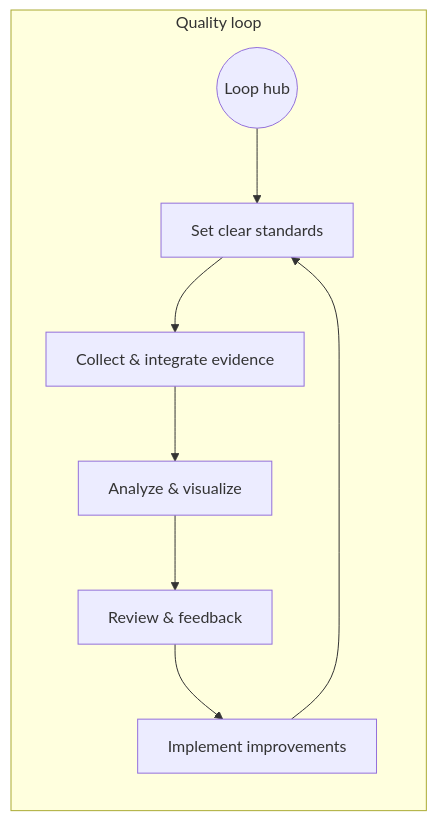
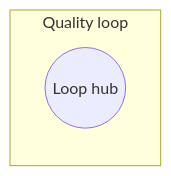
Before and after one commit to arshah18/arshah18.github.io: the diagram in index.md, drawn with Mermaid. The commit also changed other lines of this file, not shown here.

Commit message:
Work flow test2; ensure Mermaid loads

```diff
--- a/index.md
+++ b/index.md
@@ -75,15 +76,7 @@
 <div class="mermaid">
 flowchart TD
-  %% Quality loop subgraph with a "hub" node
-  subgraph Q[Quality loop]
+  subgraph Q["Quality loop"]
     direction TB
     Q0((Loop hub))
-    S[Set clear standards]
-    C[Collect & integrate evidence]
-    V[Analyze & visualize]
-    R[Review & feedback]
-    I[Implement improvements]
-    Q0 --> S
-    S --> C --> V --> R --> I --> S
   end
 </div>
```
